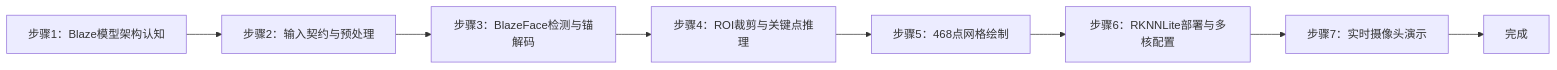
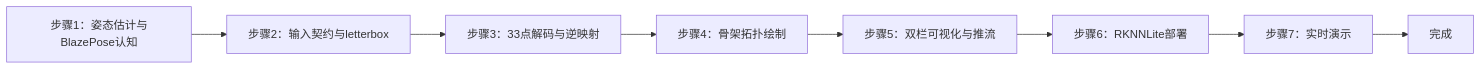
The first of 8 diagrams in courses/sheet1/robot_vision/_parts/experiment-9.md (aibittek/course_generate_agent), drawn with Mermaid before and after one commit. The commit also changed other lines of this file and 98 other files, not shown here.

````diff
--- a/courses/sheet1/robot_vision/_parts/experiment-9.md
+++ b/courses/sheet1/robot_vision/_parts/experiment-9.md
@@ -78,10 +82,10 @@
 ```mermaid
 graph LR
-    A[步骤1：Blaze模型架构认知] --> B[步骤2：输入契约与预处理]
-    B --> C[步骤3：BlazeFace检测与锚解码]
-    C --> D[步骤4：ROI裁剪与关键点推理]
-    D --> E[步骤5：468点网格绘制]
-    E --> F[步骤6：RKNNLite部署与多核配置]
-    F --> G[步骤7：实时摄像头演示]
+    A[步骤1：姿态估计与BlazePose认知] --> B[步骤2：输入契约与letterbox]
+    B --> C[步骤3：33点解码与逆映射]
+    C --> D[步骤4：骨架拓扑绘制]
+    D --> E[步骤5：双栏可视化与推流]
+    E --> F[步骤6：RKNNLite部署]
+    F --> G[步骤7：实时演示]
     G --> H[完成]
 ```
````
